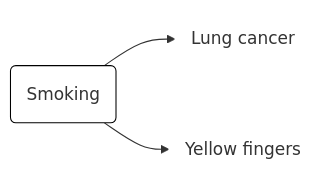
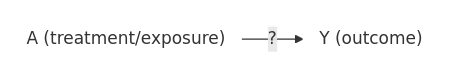
The fifth of 15 diagrams in book_birth_outcomes_summary/design_causal.md (birth-outcomes/birth_outcomes_summary), drawn with Mermaid before and after one commit. The commit also changed other lines of this file and 1 other file, not shown here.

`````diff
--- a/book_birth_outcomes_summary/design_causal.md
+++ b/book_birth_outcomes_summary/design_causal.md
@@ -184,13 +115,11 @@
 ````{mermaid}
   flowchart LR;
 
-    cig("Smoking"):::black;
-    lung("Lung cancer"):::white;
-    yellow("Yellow fingers"):::white;
+    A("A (treatment/exposure)"):::white;
+    Y("Y (outcome)"):::white;
 
-    cig --> lung;
-    cig --> yellow;
+    A -->|?| Y;
 
     classDef white fill:#FFFFFF, stroke:#FFFFFF
     classDef black fill:#FFFFFF, stroke:#000000
 ````
`````
